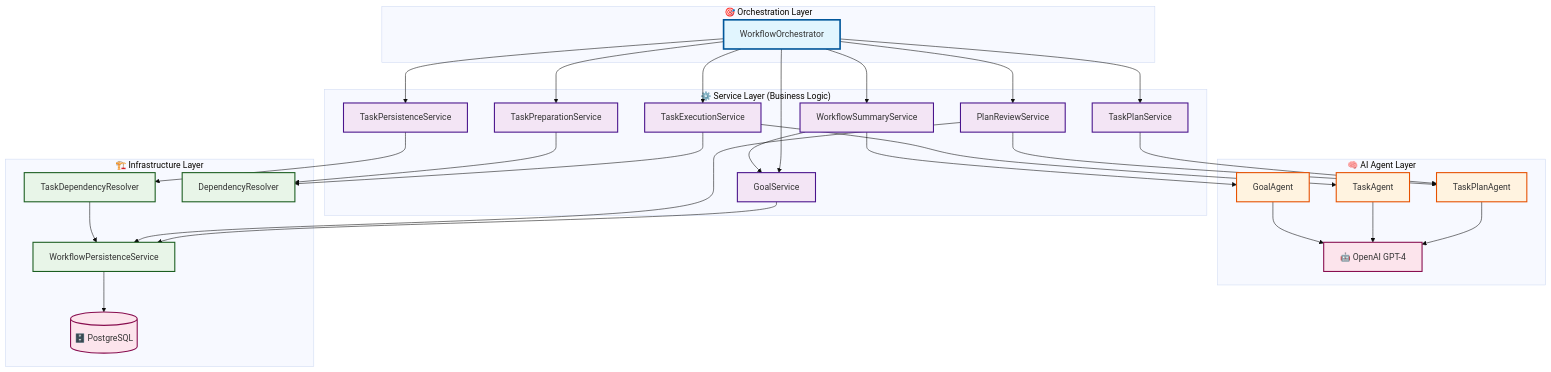
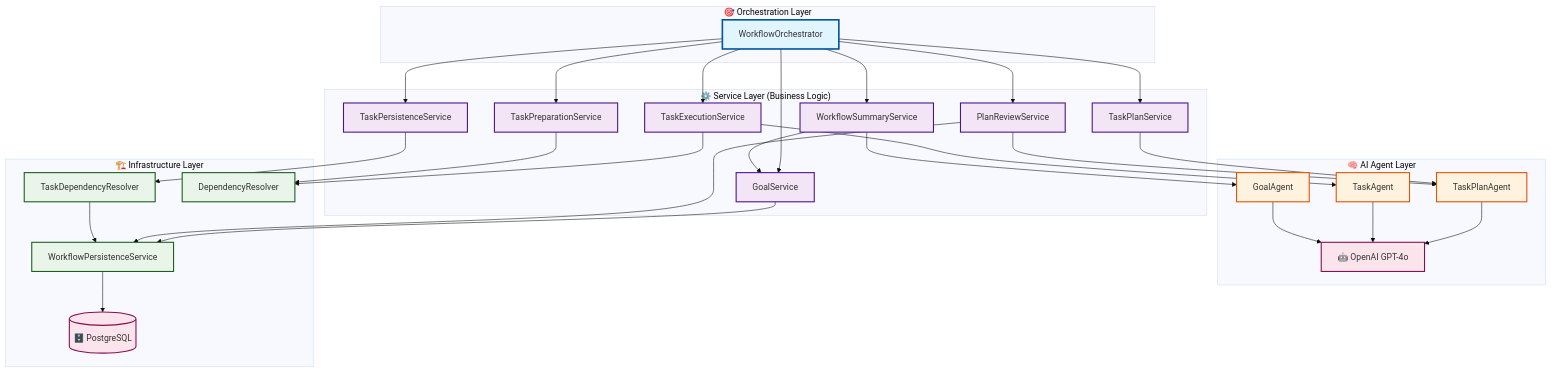
The first of 2 diagrams in README.md (adamalsalman75/agentic-workflow-engine), drawn with Mermaid (base theme) before and after one commit. The commit also changed other lines of this file and 1 other file, not shown here.

````diff
--- a/README.md
+++ b/README.md
@@ -9,78 +9,78 @@
 ```mermaid
 graph TB
     %% Top Layer - Orchestration
     subgraph "🎯 Orchestration Layer"
         WO[WorkflowOrchestrator]
     end
     
     %% Middle Layer - Services 
     subgraph "⚙️ Service Layer (Business Logic)"
         GS[GoalService]
         TPS[TaskPlanService]
         TPeS[TaskPersistenceService]
         TPrS[TaskPreparationService]
         TES[TaskExecutionService]
         PRS[PlanReviewService]
         WSS[WorkflowSummaryService]
     end
     
     %% Bottom Layer - Split into two sections
     subgraph "🧠 AI Agent Layer"
         TPA[TaskPlanAgent]
         TA[TaskAgent]
         GA[GoalAgent]
-        LLM["🤖 OpenAI GPT-4"]
+        LLM["🤖 OpenAI GPT-4o"]
     end
     
     subgraph "🏗️ Infrastructure Layer"
         TDR[TaskDependencyResolver]
         DR[DependencyResolver]
         WPS[WorkflowPersistenceService]
         DB[("🗄️ PostgreSQL")]
     end
     
     %% Orchestration to Services (Top to Middle)
     WO --> GS
     WO --> TPS
     WO --> TPeS
     WO --> TPrS
     WO --> TES
     WO --> PRS
     WO --> WSS
     
     %% Services to AI Agents (Middle to Bottom Left)
     TPS --> TPA
     TES --> TA
     WSS --> GA
     PRS --> TPA
     
     %% Services to Infrastructure (Middle to Bottom Right)
     GS --> WPS
     TPeS --> TDR
     TES --> DR
     TPrS --> DR
     PRS --> WPS
     WSS --> GS
     
     %% AI Agents to LLM
     TPA --> LLM
     TA --> LLM
     GA --> LLM
     
     %% Infrastructure Dependencies
     TDR --> WPS
     WPS --> DB
     
     %% Styling
     classDef orchestration fill:#e1f5fe,stroke:#01579b,stroke-width:3px
     classDef service fill:#f3e5f5,stroke:#4a148c,stroke-width:2px
     classDef agent fill:#fff3e0,stroke:#e65100,stroke-width:2px
     classDef infrastructure fill:#e8f5e8,stroke:#1b5e20,stroke-width:2px
     classDef external fill:#fce4ec,stroke:#880e4f,stroke-width:2px
     
     class WO orchestration
     class GS,TPS,TPeS,TPrS,TES,PRS,WSS service
     class TPA,TA,GA agent
     class TDR,DR,WPS infrastructure
     class DB,LLM external
 ```
````
